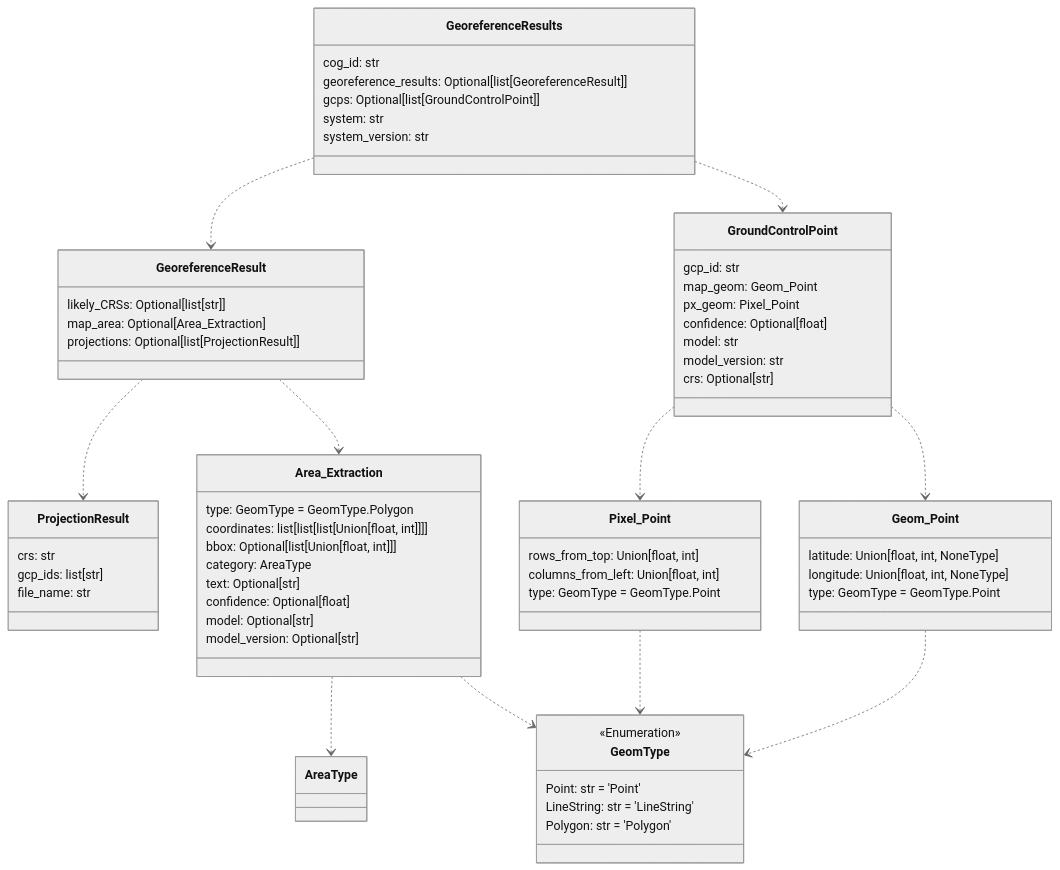
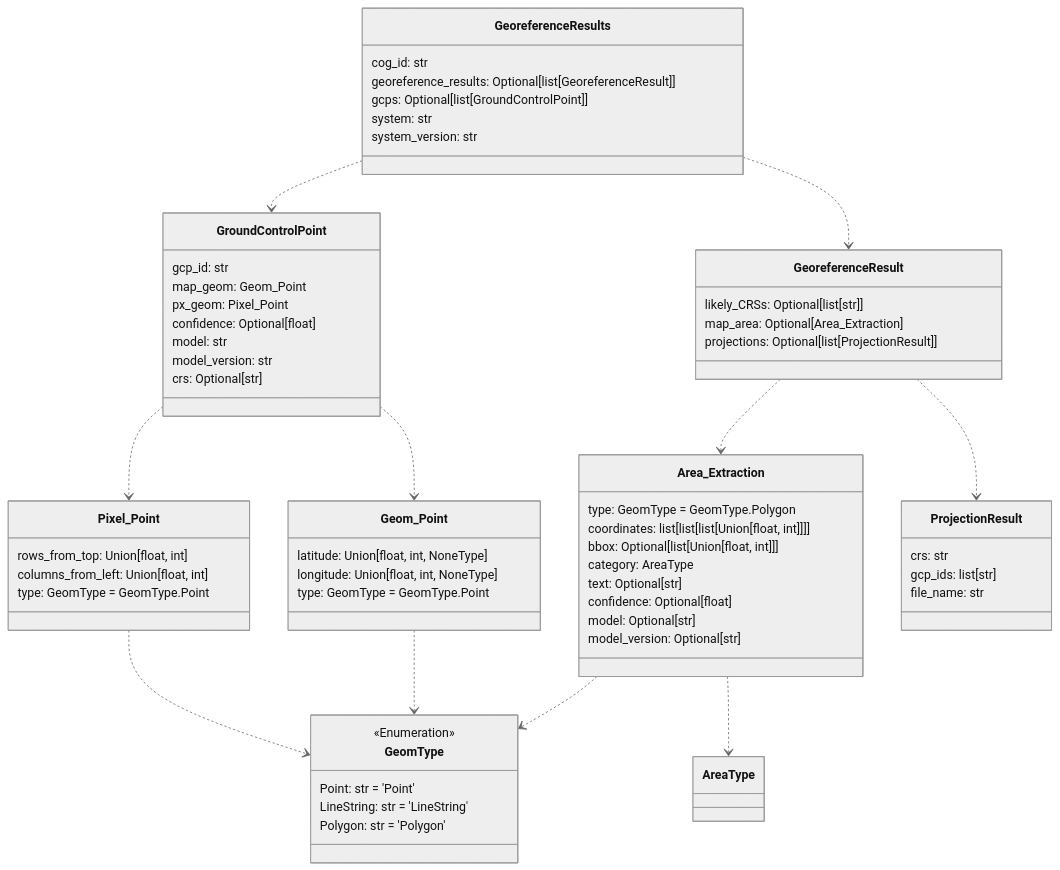
One commit to DARPA-CRITICALMAAS/cdr_schemas changed the first of 4 diagrams in README.md. Above: the diagram before and after it, drawn with Mermaid (neutral theme). The commit also changed other lines of this file, not shown here.

````diff
--- a/README.md
+++ b/README.md
@@ -50,76 +50,76 @@
 ```mermaid
 classDiagram
-
-    class GeomType {
-        <<Enumeration>>
-        Point: str = 'Point'
-        LineString: str = 'LineString'
-        Polygon: str = 'Polygon'
-    }
-
-    class Geom_Point {
-        latitude: Union[float, int, NoneType]
-        longitude: Union[float, int, NoneType]
-        type: GeomType = GeomType.Point
-    }
 
     class GroundControlPoint {
         gcp_id: str
         map_geom: Geom_Point
         px_geom: Pixel_Point
         confidence: Optional[float]
         model: str
         model_version: str
         crs: Optional[str]
     }
 
+    class GeomType {
+        <<Enumeration>>
+        Point: str = 'Point'
+        LineString: str = 'LineString'
+        Polygon: str = 'Polygon'
+    }
+
     class GeoreferenceResults {
         cog_id: str
         georeference_results: Optional[list[GeoreferenceResult]]
         gcps: Optional[list[GroundControlPoint]]
         system: str
         system_version: str
+    }
+
+    class Area_Extraction {
+        type: GeomType = GeomType.Polygon
+        coordinates: list[list[list[Union[float, int]]]]
+        bbox: Optional[list[Union[float, int]]]
+        category: AreaType
+        text: Optional[str]
+        confidence: Optional[float]
+        model: Optional[str]
+        model_version: Optional[str]
+    }
+
+    class ProjectionResult {
+        crs: str
+        gcp_ids: list[str]
+        file_name: str
     }
 
     class GeoreferenceResult {
         likely_CRSs: Optional[list[str]]
         map_area: Optional[Area_Extraction]
         projections: Optional[list[ProjectionResult]]
     }
 
     class Pixel_Point {
         rows_from_top: Union[float, int]
         columns_from_left: Union[float, int]
         type: GeomType = GeomType.Point
     }
 
-    class ProjectionResult {
-        crs: str
-        gcp_ids: list[str]
-        file_name: str
+    class Geom_Point {
+        latitude: Union[float, int, NoneType]
+        longitude: Union[float, int, NoneType]
+        type: GeomType = GeomType.Point
     }
 
-    class Area_Extraction {
-        type: GeomType = GeomType.Polygon
-        coordinates: list[list[list[Union[float, int]]]]
-        bbox: Optional[list[Union[float, int]]]
-        category: AreaType
-        text: Optional[str]
-        confidence: Optional[float]
-        model: Optional[str]
-        model_version: Optional[str]
-    }
-
+    Area_Extraction ..> GeomType
     Area_Extraction ..> AreaType
-    Area_Extraction ..> GeomType
     Geom_Point ..> GeomType
     Pixel_Point ..> GeomType
     GroundControlPoint ..> Pixel_Point
     GroundControlPoint ..> Geom_Point
+    GeoreferenceResult ..> Area_Extraction
     GeoreferenceResult ..> ProjectionResult
-    GeoreferenceResult ..> Area_Extraction
+    GeoreferenceResults ..> GroundControlPoint
     GeoreferenceResults ..> GeoreferenceResult
-    GeoreferenceResults ..> GroundControlPoint
 
 
 ```
````
